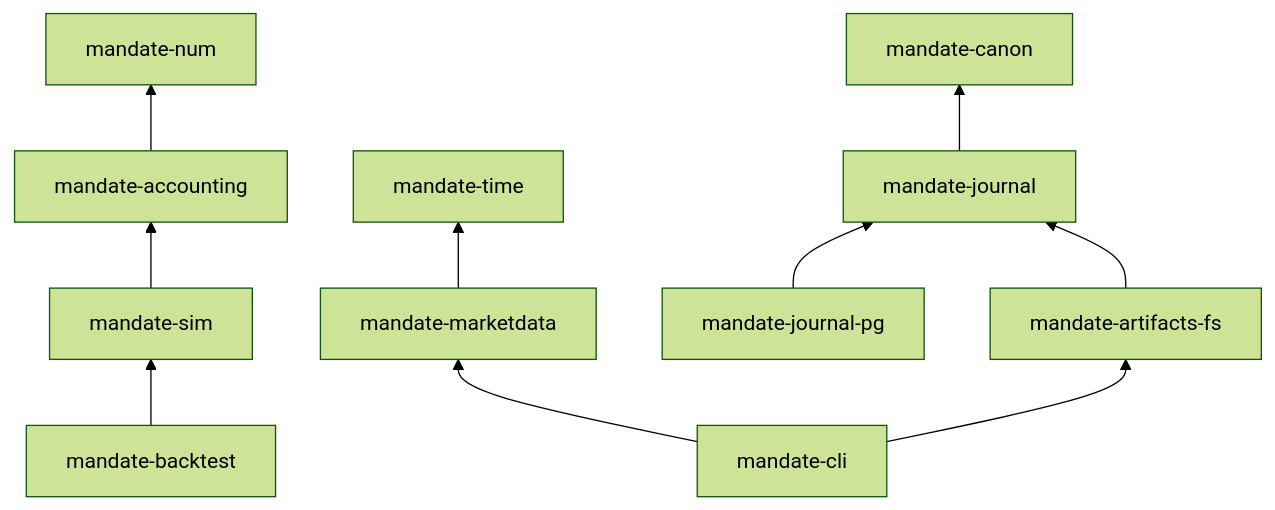
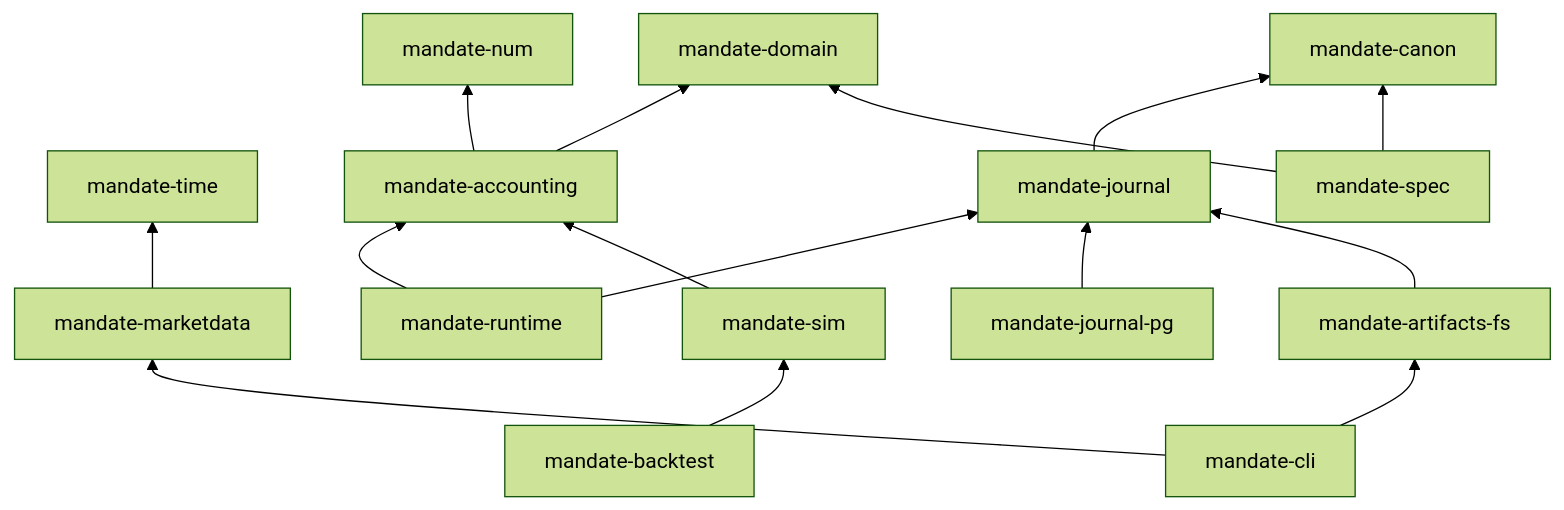
Before and after one commit to kunwarshivam/mandate: the second of 2 diagrams in README.md, drawn with Mermaid (forest theme). The commit also changed other lines of this file, not shown here.

````diff
--- a/README.md
+++ b/README.md
@@ -48,15 +135,21 @@
 ```mermaid
 flowchart BT
     num[mandate-num]
     time[mandate-time]
     canon[mandate-canon]
+    domain[mandate-domain]
     acct[mandate-accounting] --> num
+    acct --> domain
     journal[mandate-journal] --> canon
+    spec[mandate-spec] --> domain
+    spec --> canon
+    runtime[mandate-runtime] --> journal
+    runtime --> acct
     sim[mandate-sim] --> acct
     md[mandate-marketdata] --> time
     pg[mandate-journal-pg] --> journal
     fs[mandate-artifacts-fs] --> journal
     bt[mandate-backtest] --> sim
     cli[mandate-cli] --> md
     cli --> fs
 ```
````
